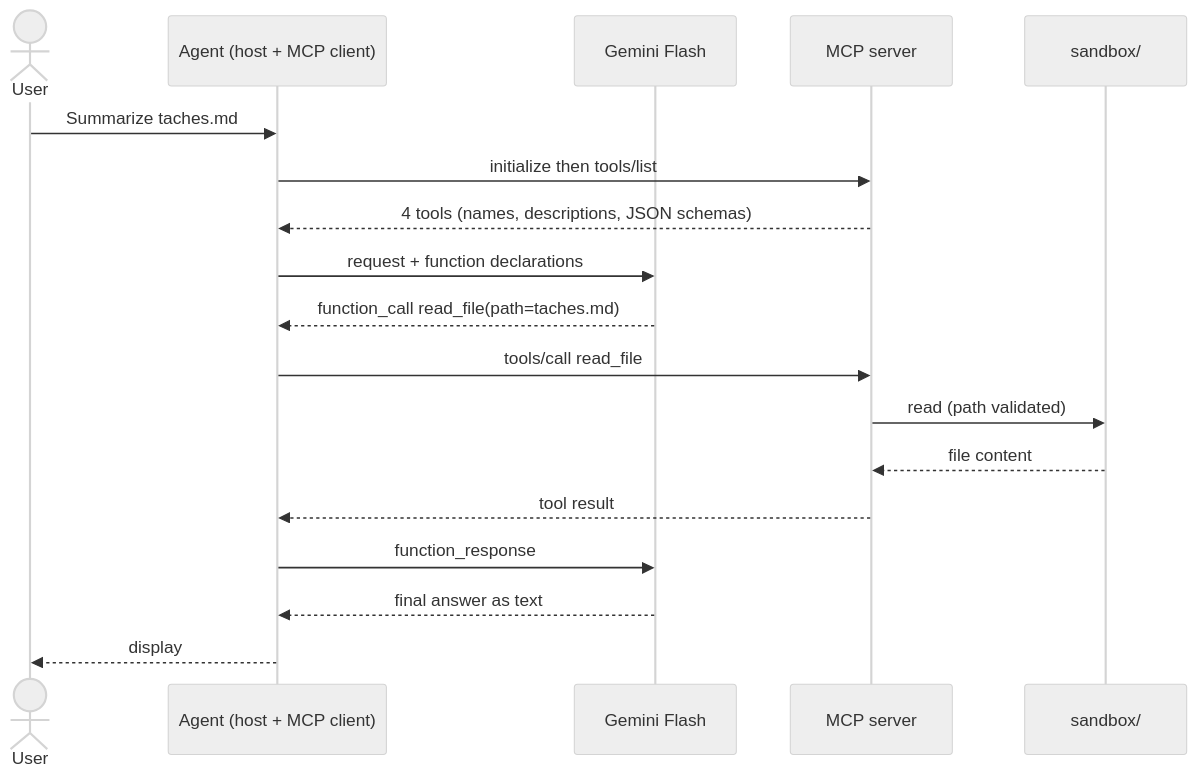
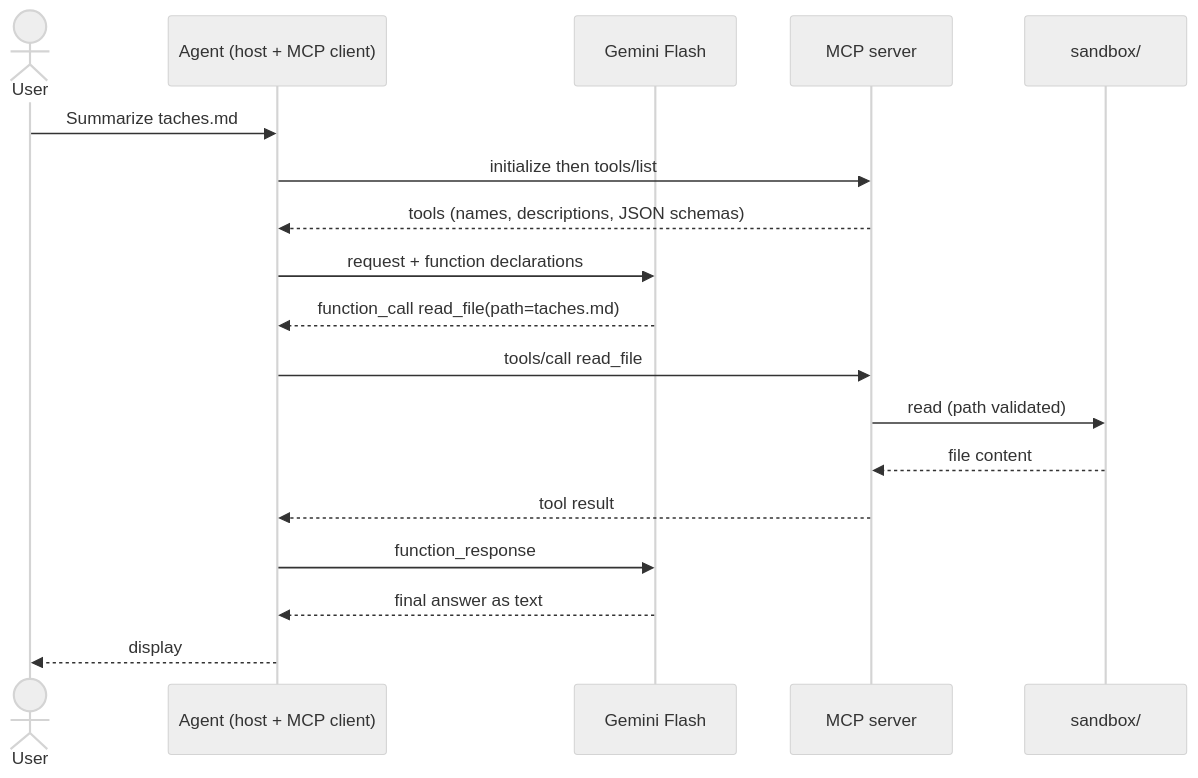
The fourth of 4 diagrams in README.md (TatangF/mayerfeld-mcp-demo), drawn with Mermaid (neutral theme) before and after one commit. The commit also changed other lines of this file and 14 other files, not shown here.

````diff
--- a/README.md
+++ b/README.md
@@ -50,21 +101,21 @@
 ```mermaid
 sequenceDiagram
     actor U as User
     participant A as Agent (host + MCP client)
     participant G as Gemini Flash
     participant S as MCP server
     participant F as sandbox/
 
     U->>A: Summarize taches.md
     A->>S: initialize then tools/list
-    S-->>A: 4 tools (names, descriptions, JSON schemas)
+    S-->>A: tools (names, descriptions, JSON schemas)
     A->>G: request + function declarations
     G-->>A: function_call read_file(path=taches.md)
     A->>S: tools/call read_file
     S->>F: read (path validated)
     F-->>S: file content
     S-->>A: tool result
     A->>G: function_response
     G-->>A: final answer as text
     A-->>U: display
 ```
````
